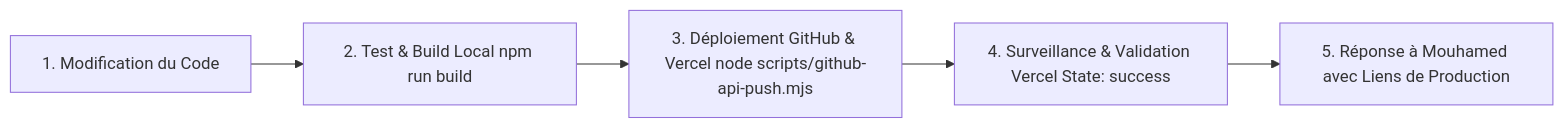
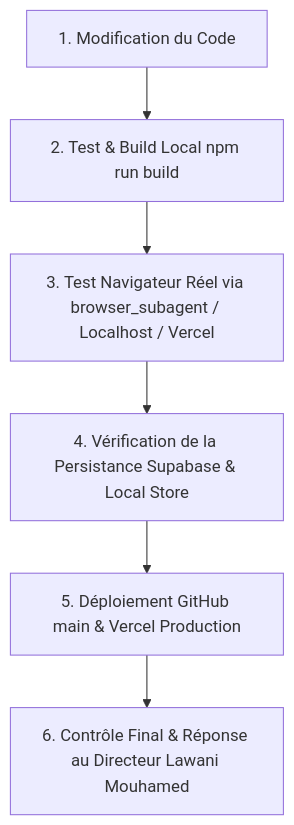
Before and after one commit to 97-27/Saas-SchoolFlow: the diagram in .agents/rules/verification-and-deployment-protocol.md, drawn with Mermaid. The commit also changed other lines of this file and 9 other files, not shown here.

````diff
--- a/.agents/rules/verification-and-deployment-protocol.md
+++ b/.agents/rules/verification-and-deployment-protocol.md
@@ -11,7 +14,8 @@
 ```mermaid
-flowchart LR
+flowchart TD
     A[1. Modification du Code] --> B[2. Test & Build Local npm run build]
-    B --> C[3. Déploiement GitHub & Vercel node scripts/github-api-push.mjs]
-    C --> D[4. Surveillance & Validation Vercel State: success]
-    D --> E[5. Réponse à Mouhamed avec Liens de Production]
+    B --> C[3. Test Navigateur Réel via browser_subagent / Localhost / Vercel]
+    C --> D[4. Vérification de la Persistance Supabase & Local Store]
+    D --> E[5. Déploiement GitHub main & Vercel Production]
+    E --> F[6. Contrôle Final & Réponse au Directeur Lawani Mouhamed]
 ```
````
